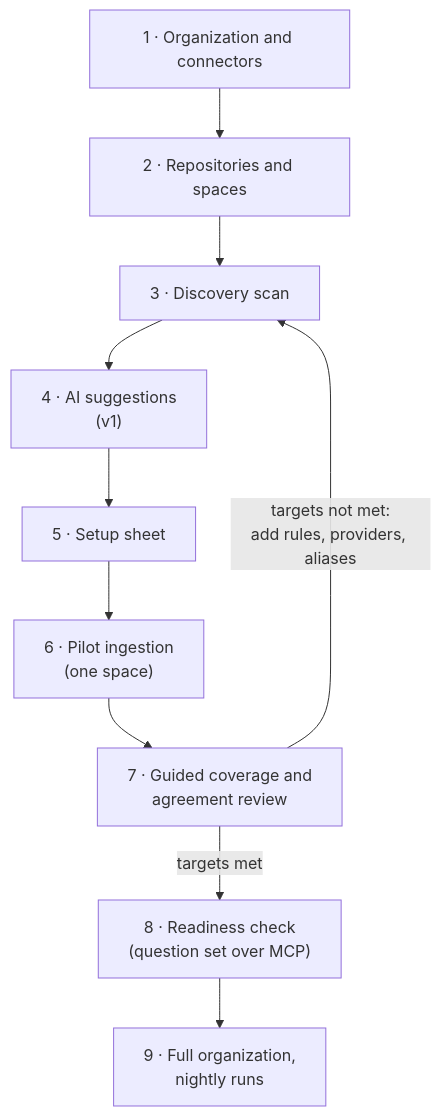
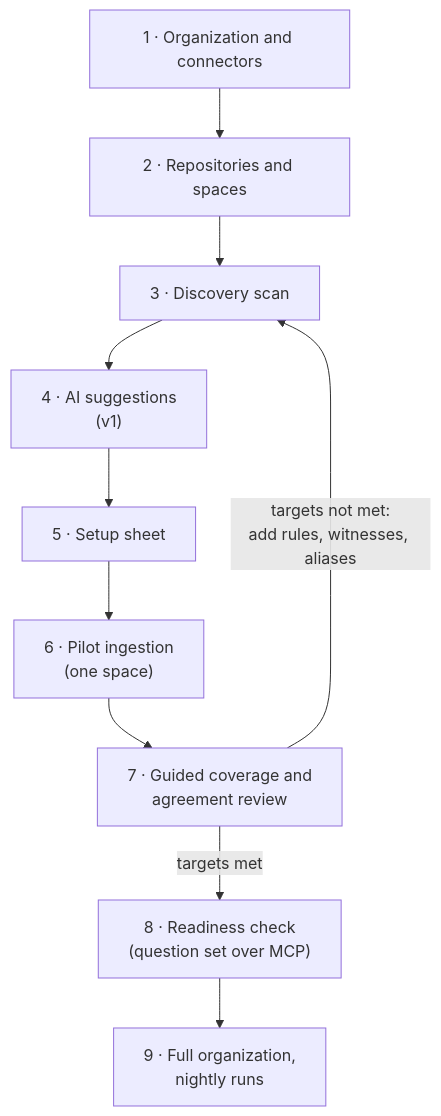
The diagram in docs/plan/onboarding.md (KBavis/steno), drawn with Mermaid before and after one commit. The commit also changed other lines of this file and 19 other files, not shown here.

````diff
--- a/docs/plan/onboarding.md
+++ b/docs/plan/onboarding.md
@@ -11,12 +11,12 @@
 ```mermaid
 flowchart TD
     S1["1 · Organization and connectors"] --> S2["2 · Repositories and spaces"]
     S2 --> S3["3 · Discovery scan"]
     S3 --> S4["4 · AI suggestions<br/>(v1)"]
     S4 --> S5["5 · Setup sheet"]
     S5 --> S6["6 · Pilot ingestion<br/>(one space)"]
     S6 --> S7["7 · Guided coverage and<br/>agreement review"]
-    S7 -- "targets not met:<br/>add rules, providers, aliases" --> S3
+    S7 -- "targets not met:<br/>add rules, witnesses, aliases" --> S3
     S7 -- "targets met" --> S8["8 · Readiness check<br/>(question set over MCP)"]
     S8 --> S9["9 · Full organization,<br/>nightly runs"]
 ```
````
